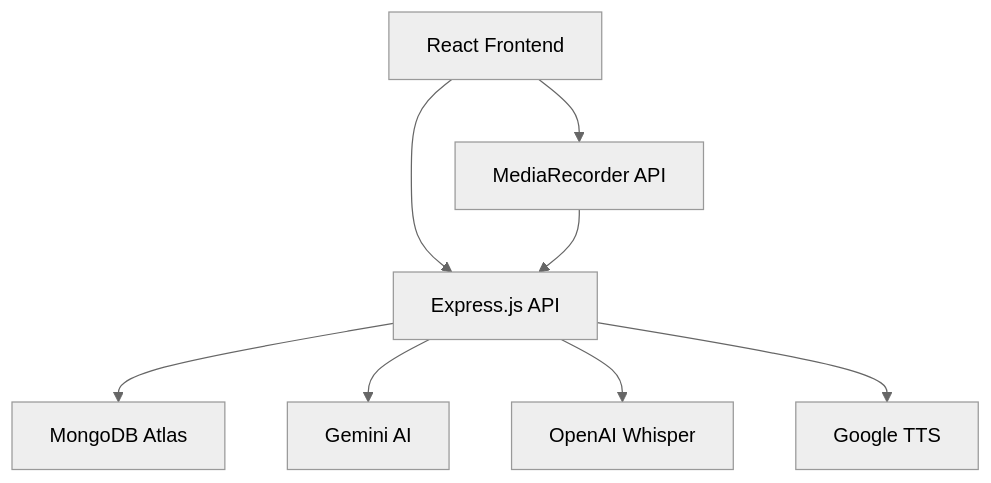
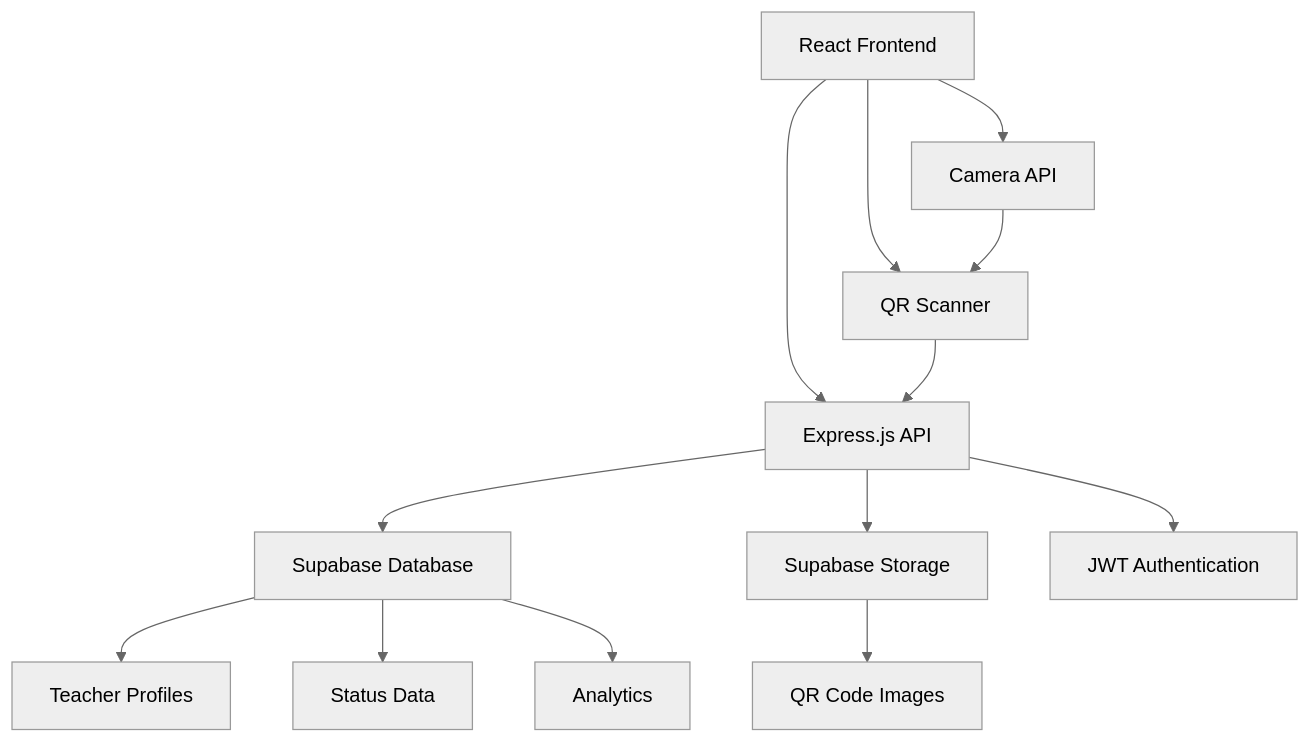
The diagram in README.md (asthakesarwani32/KMS-), drawn with Mermaid (neutral theme) before and after one commit. The commit also changed other lines of this file, not shown here.

````diff
--- a/README.md
+++ b/README.md
@@ -83,10 +58,15 @@
 ```mermaid
 graph TB
     A[React Frontend] --> B[Express.js API]
-    B --> C[MongoDB Atlas]
-    B --> D[Gemini AI]
-    B --> E[OpenAI Whisper]
-    B --> F[Google TTS]
-    A --> G[MediaRecorder API]
-    G --> B
+    B --> C[Supabase Database]
+    B --> D[Supabase Storage]
+    A --> E[QR Scanner]
+    A --> F[Camera API]
+    B --> G[JWT Authentication]
+    E --> B
+    F --> E
+    C --> H[Teacher Profiles]
+    C --> I[Status Data]
+    C --> J[Analytics]
+    D --> K[QR Code Images]
 ```
````
